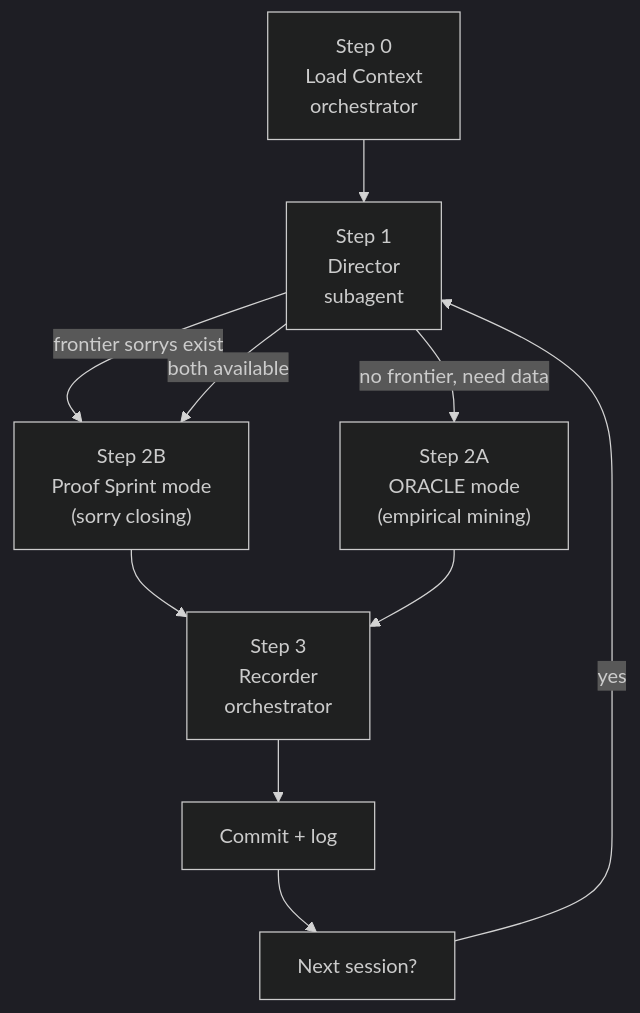
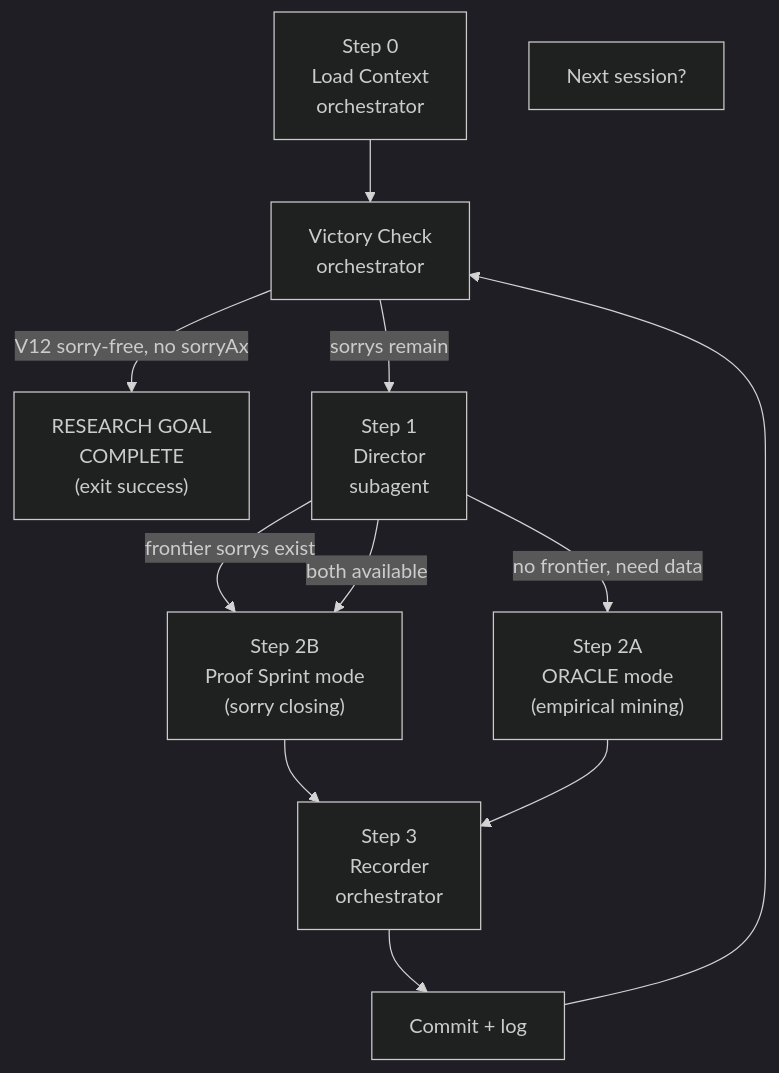
Before and after one commit to astrogirlnim/SATurday: the diagram in .cursor/skills/saturday/SKILL.md, drawn with Mermaid (dark theme). The commit also changed other lines of this file and 1 other file, not shown here.

First line of the commit message:
Add victory check to Saturday and proof-sprint skills

````diff
--- a/.cursor/skills/saturday/SKILL.md
+++ b/.cursor/skills/saturday/SKILL.md
@@ -25,20 +25,23 @@
 ```mermaid
 flowchart TD
     load["Step 0\nLoad Context\norchestrator"]
+    victory["Victory Check\norchestrator"]
+    done["RESEARCH GOAL\nCOMPLETE\n(exit success)"]
     director["Step 1\nDirector\nsubagent"]
     mine["Step 2A\nORACLE mode\n(empirical mining)"]
     prove["Step 2B\nProof Sprint mode\n(sorry closing)"]
     record["Step 3\nRecorder\norchestrator"]
     commit["Commit + log"]
     loop["Next session?"]
 
-    load --> director
+    load --> victory
+    victory -->|"V12 sorry-free, no sorryAx"| done
+    victory -->|"sorrys remain"| director
     director -->|"frontier sorrys exist"| prove
     director -->|"no frontier, need data"| mine
     director -->|"both available"| prove
     prove --> record
     mine --> record
     record --> commit
-    commit --> loop
-    loop -->|"yes"| director
+    commit --> victory
 ```
````
